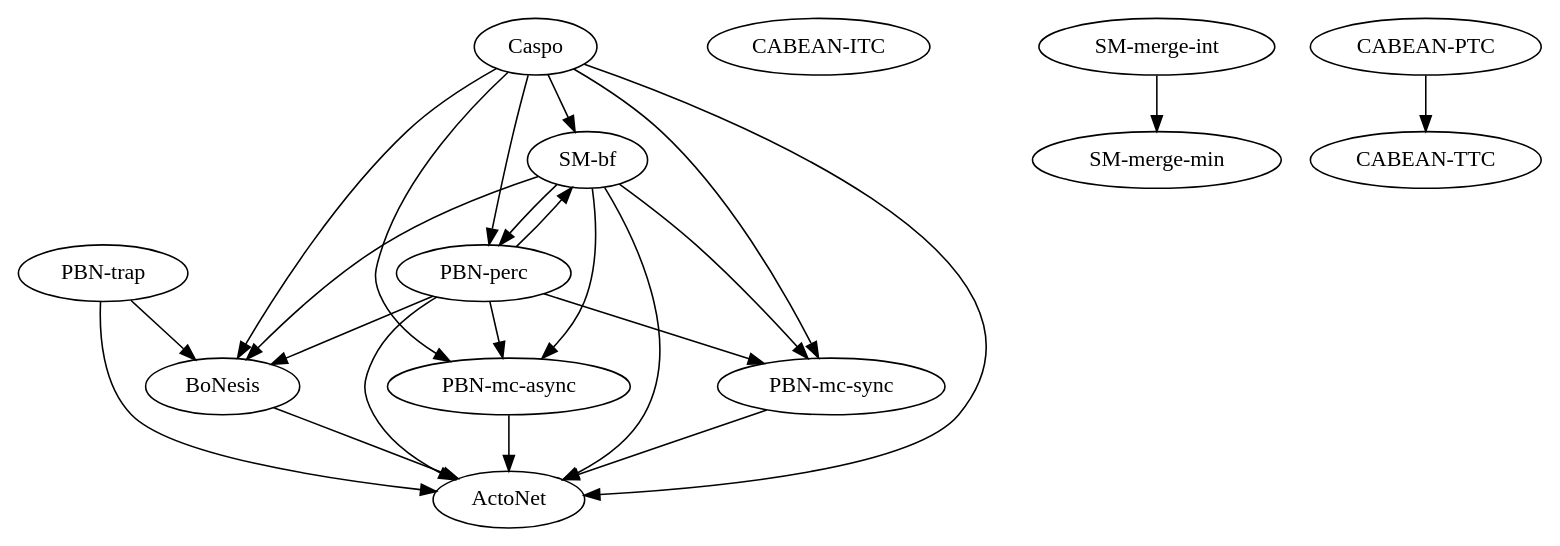
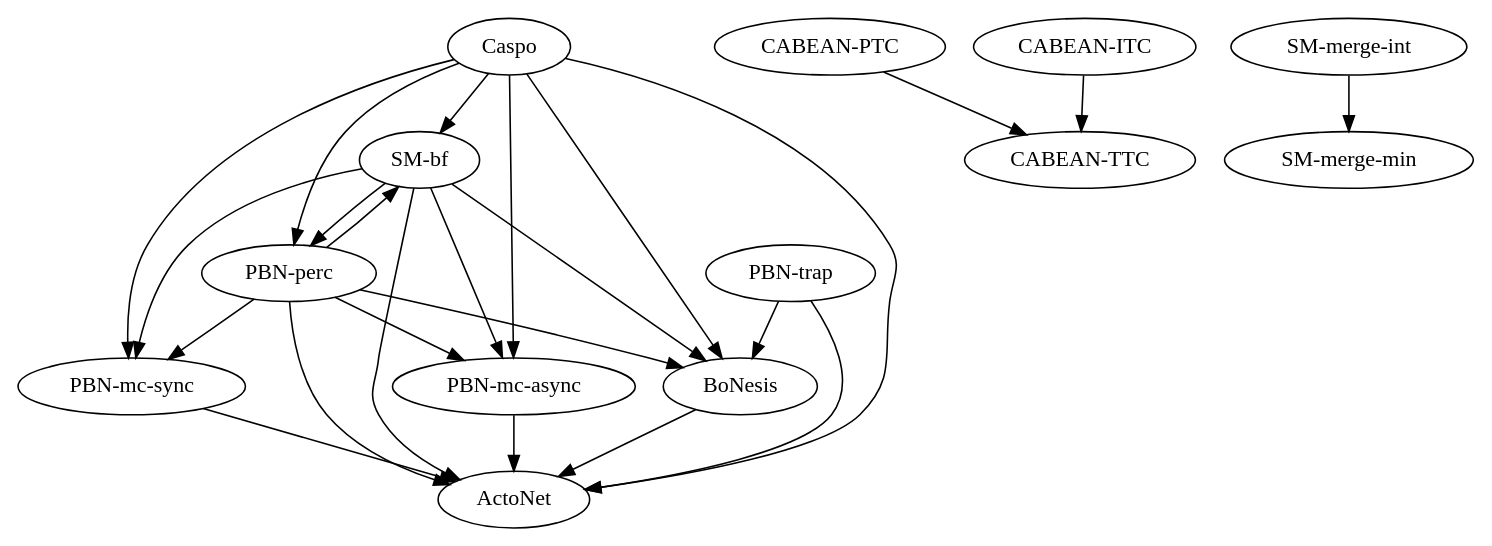
Before and after one commit to kalebmoon07/BN-control-taxonomy: the diagram in experiments/results/_summary.dot, drawn with Graphviz. The commit also changed 16 other files, not shown here.

```diff
--- a/experiments/results/_summary.dot
+++ b/experiments/results/_summary.dot
@@ -1,38 +1,39 @@
 strict digraph  {
-BoNesis;
 "SM-bf";
-"CABEAN-ITC";
+"PBN-perc";
 Caspo;
 ActoNet;
+"PBN-mc-async";
+"PBN-mc-sync";
+"CABEAN-PTC";
+"PBN-trap";
+"SM-merge-int";
+BoNesis;
+"CABEAN-ITC";
+"CABEAN-TTC";
 "SM-merge-min";
-"PBN-trap";
-"PBN-mc-async";
-"PBN-perc";
-"PBN-mc-sync";
-"SM-merge-int";
-"CABEAN-PTC";
-"CABEAN-TTC";
-BoNesis -> ActoNet;
-"SM-bf" -> BoNesis;
+"SM-bf" -> "PBN-perc";
 "SM-bf" -> ActoNet;
 "SM-bf" -> "PBN-mc-async";
-"SM-bf" -> "PBN-perc";
 "SM-bf" -> "PBN-mc-sync";
-Caspo -> BoNesis;
-Caspo -> "SM-bf";
-Caspo -> ActoNet;
-Caspo -> "PBN-mc-async";
-Caspo -> "PBN-perc";
-Caspo -> "PBN-mc-sync";
-"PBN-trap" -> BoNesis;
-"PBN-trap" -> ActoNet;
-"PBN-mc-async" -> ActoNet;
-"PBN-perc" -> BoNesis;
+"SM-bf" -> BoNesis;
 "PBN-perc" -> "SM-bf";
 "PBN-perc" -> ActoNet;
 "PBN-perc" -> "PBN-mc-async";
 "PBN-perc" -> "PBN-mc-sync";
+"PBN-perc" -> BoNesis;
+Caspo -> "SM-bf";
+Caspo -> "PBN-perc";
+Caspo -> ActoNet;
+Caspo -> "PBN-mc-async";
+Caspo -> "PBN-mc-sync";
+Caspo -> BoNesis;
+"PBN-mc-async" -> ActoNet;
 "PBN-mc-sync" -> ActoNet;
+"CABEAN-PTC" -> "CABEAN-TTC";
+"PBN-trap" -> ActoNet;
+"PBN-trap" -> BoNesis;
 "SM-merge-int" -> "SM-merge-min";
-"CABEAN-PTC" -> "CABEAN-TTC";
+BoNesis -> ActoNet;
+"CABEAN-ITC" -> "CABEAN-TTC";
 }
```
